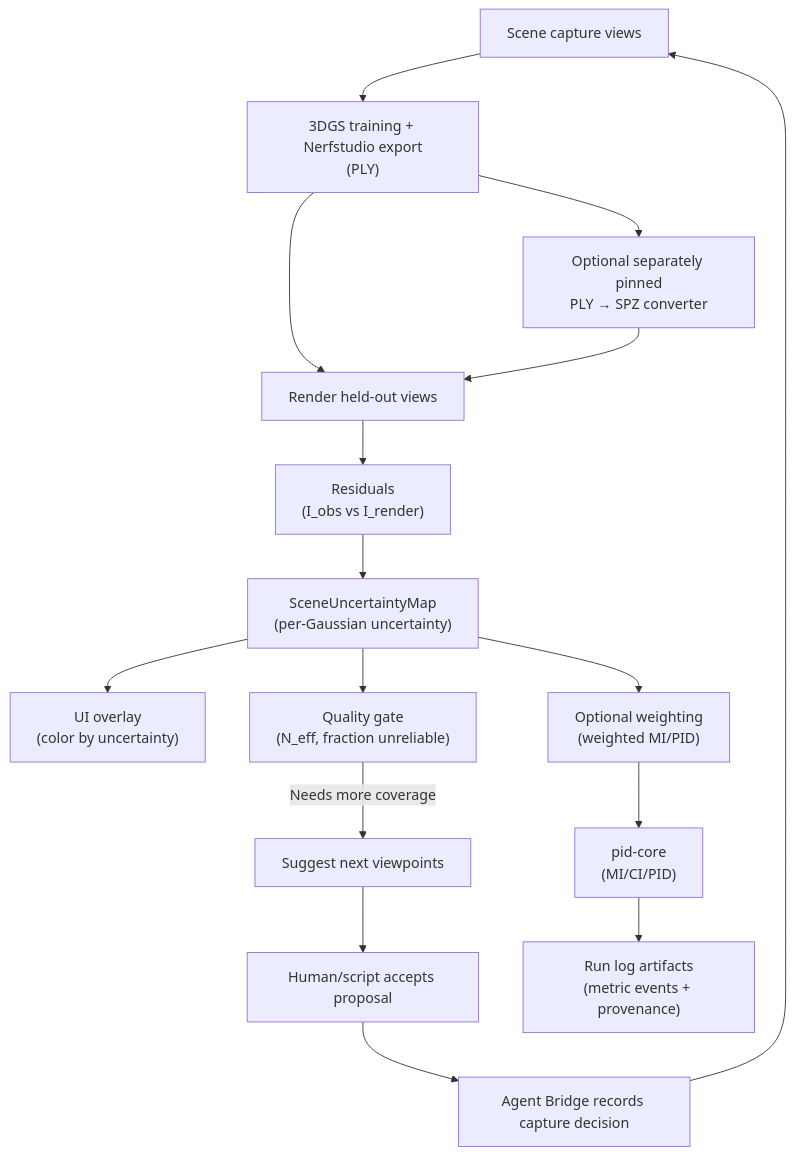
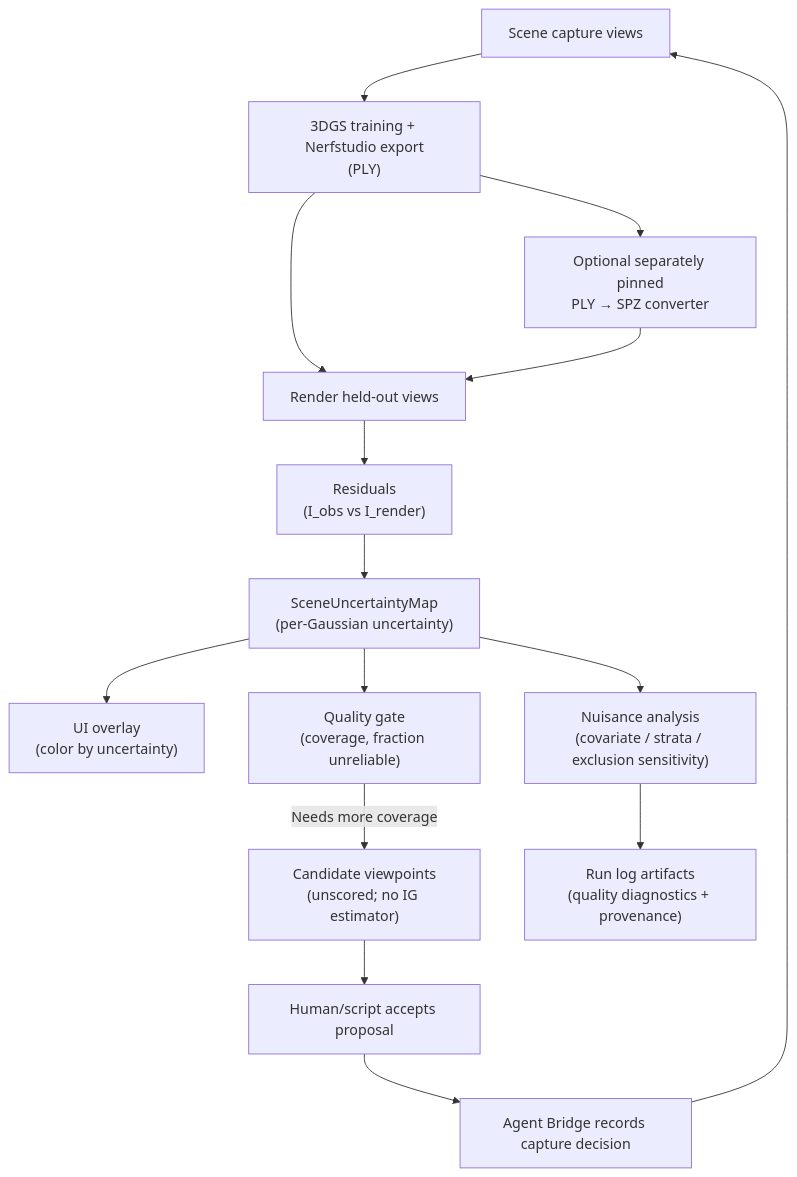
Diagram 17 of 18 in DIAGRAMS.md (sepahead/prisoma), drawn with Mermaid before and after one commit. The commit also changed other lines of this file and 20 other files, not shown here.

````diff
--- a/DIAGRAMS.md
+++ b/DIAGRAMS.md
@@ -629,21 +632,20 @@
 ```mermaid
 graph TB
     Capture[Scene capture views] --> Train["3DGS training + Nerfstudio export<br/>(PLY)"]
     Train --> Convert["Optional separately pinned<br/>PLY → SPZ converter"]
     Train --> Render[Render held-out views]
     Convert --> Render
     Render --> Resid["Residuals<br/>(I_obs vs I_render)"]
     Resid --> UMap["SceneUncertaintyMap<br/>(per-Gaussian uncertainty)"]
 
     UMap --> UI["UI overlay<br/>(color by uncertainty)"]
-    UMap --> Gate["Quality gate<br/>(N_eff, fraction unreliable)"]
-    UMap --> Wt["Optional weighting<br/>(weighted MI/PID)"]
+    UMap --> Gate["Quality gate<br/>(coverage, fraction unreliable)"]
+    UMap --> Nuisance["Nuisance analysis<br/>(covariate / strata / exclusion sensitivity)"]
 
-    Gate -->|Needs more coverage| Suggest[Suggest next viewpoints]
+    Gate -->|Needs more coverage| Suggest["Candidate viewpoints<br/>(unscored; no IG estimator)"]
     Suggest --> Accept[Human/script accepts proposal]
     Accept --> Bridge[Agent Bridge records capture decision]
     Bridge --> Capture
 
-    Wt --> PID["pid-core<br/>(MI/CI/PID)"]
-    PID --> Log["Run log artifacts<br/>(metric events + provenance)"]
+    Nuisance --> Log["Run log artifacts<br/>(quality diagnostics + provenance)"]
 ```
````
